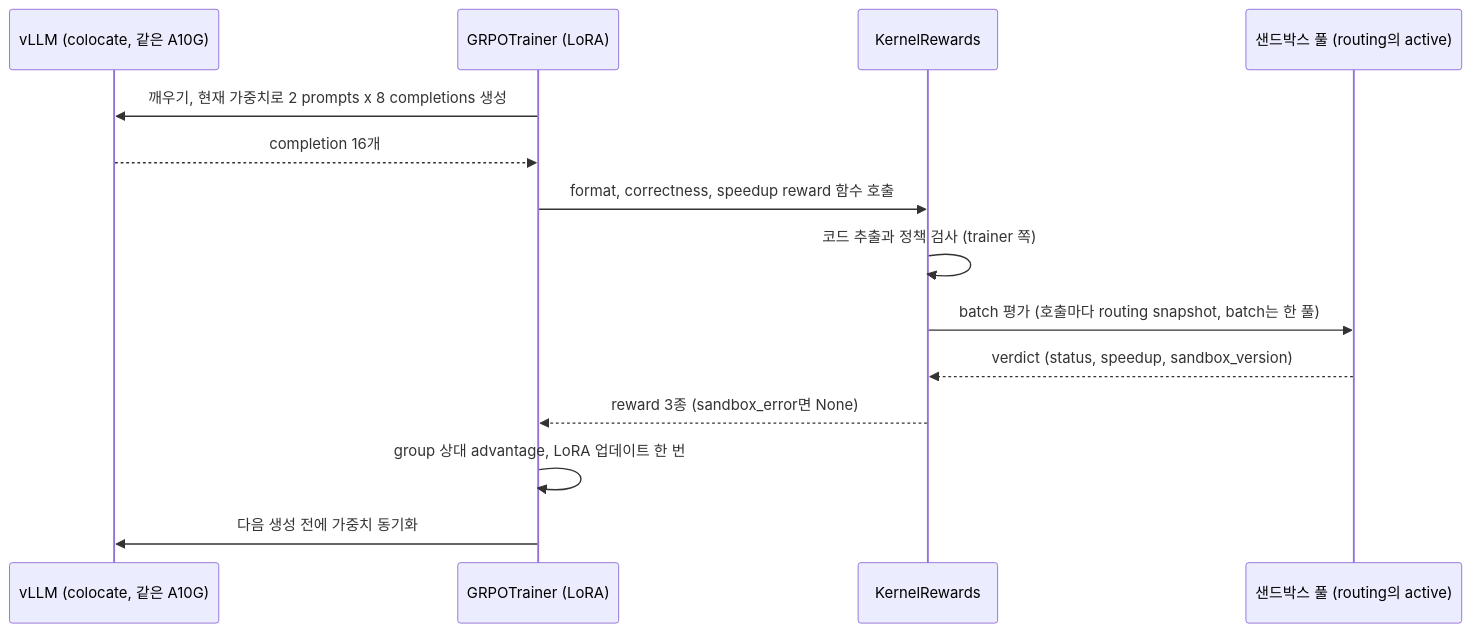
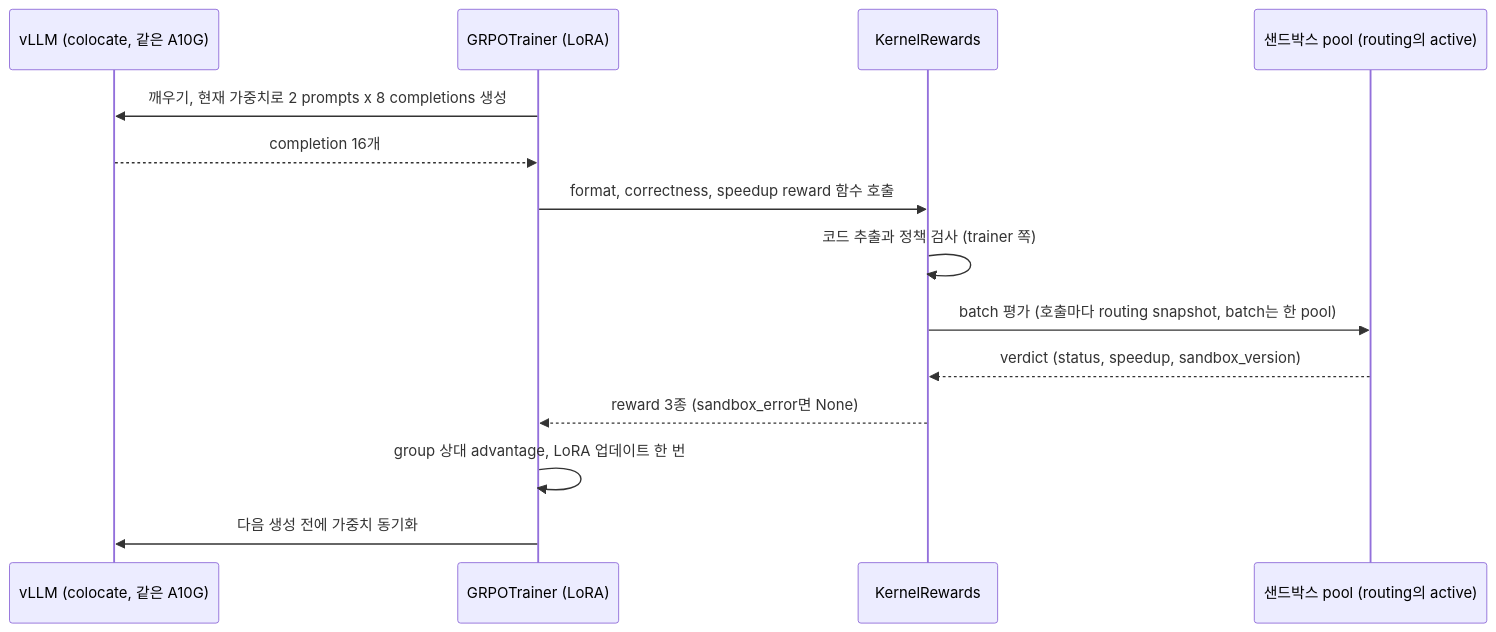
Before and after one commit to daekeun-ml/gpu-sandbox-on-aws: the diagram in docs/handson/05_grpo_training.md, drawn with Mermaid. The commit also changed other lines of this file and 112 other files, not shown here.

````diff
--- a/docs/handson/05_grpo_training.md
+++ b/docs/handson/05_grpo_training.md
@@ -280,16 +280,16 @@
     ```mermaid
     sequenceDiagram
         participant V as vLLM (colocate, 같은 A10G)
         participant T as GRPOTrainer (LoRA)
         participant R as KernelRewards
-        participant S as 샌드박스 풀 (routing의 active)
+        participant S as 샌드박스 pool (routing의 active)
         T->>V: 깨우기, 현재 가중치로 2 prompts x 8 completions 생성
         V-->>T: completion 16개
         T->>R: format, correctness, speedup reward 함수 호출
         R->>R: 코드 추출과 정책 검사 (trainer 쪽)
-        R->>S: batch 평가 (호출마다 routing snapshot, batch는 한 풀)
+        R->>S: batch 평가 (호출마다 routing snapshot, batch는 한 pool)
         S-->>R: verdict (status, speedup, sandbox_version)
         R-->>T: reward 3종 (sandbox_error면 None)
         T->>T: group 상대 advantage, LoRA 업데이트 한 번
         T->>V: 다음 생성 전에 가중치 동기화
     ```
````
